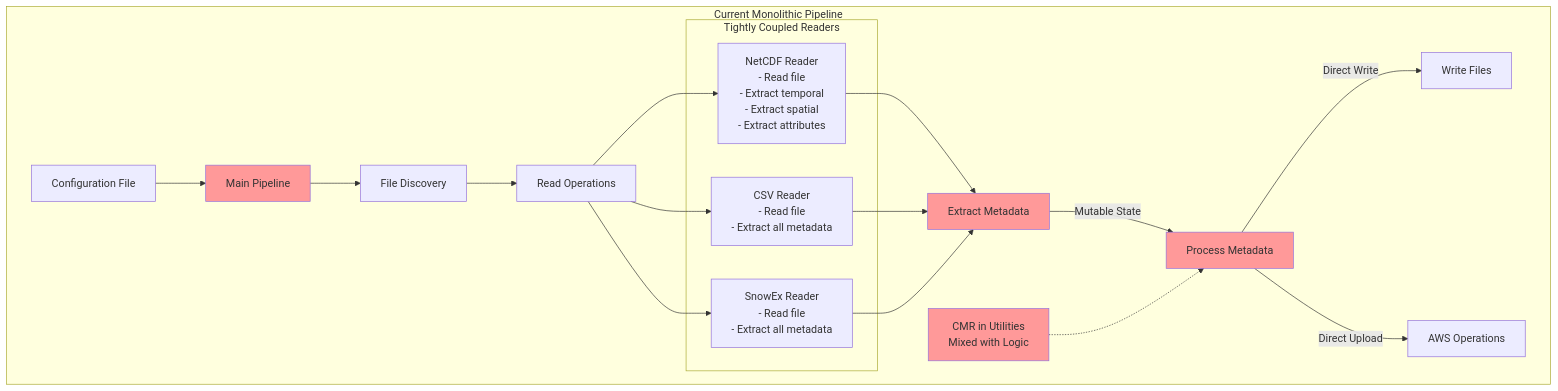
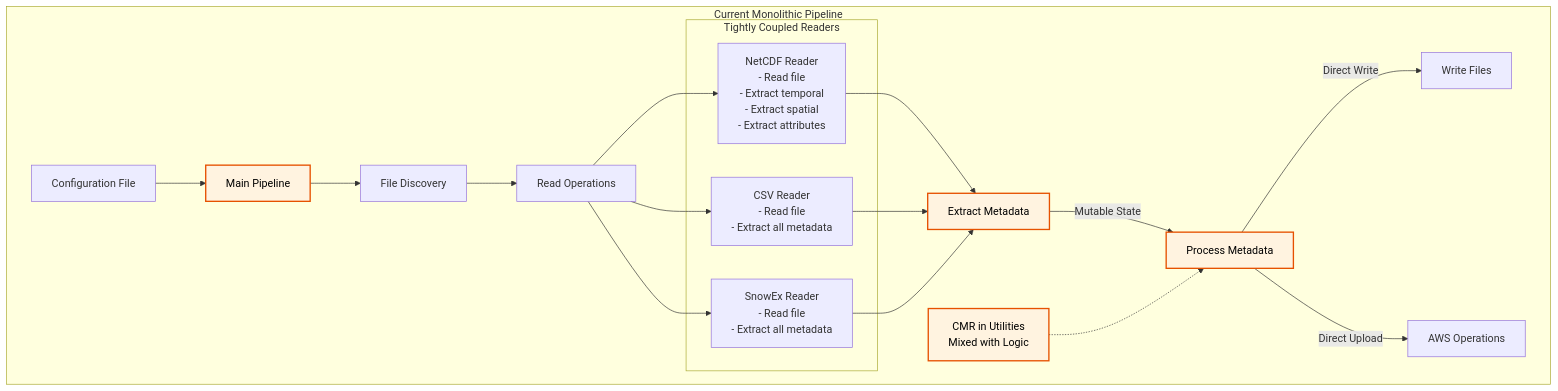
The first of 2 diagrams in devdocs/PIPELINE_REFACTORING_PLAN.md (nsidc/granule-metgen), drawn with Mermaid before and after one commit. The commit also changed other lines of this file, not shown here.

Commit message:
Simplify pipeline plan document

````diff
--- a/devdocs/PIPELINE_REFACTORING_PLAN.md
+++ b/devdocs/PIPELINE_REFACTORING_PLAN.md
@@ -58,34 +58,35 @@
 ```mermaid
 graph TD
     subgraph "Current Monolithic Pipeline"
         Config[Configuration File] --> Pipeline[Main Pipeline]
 
         Pipeline --> FileDisc[File Discovery]
         FileDisc --> ReadOps[Read Operations]
 
         subgraph "Tightly Coupled Readers"
             NetCDF[NetCDF Reader<br/>- Read file<br/>- Extract temporal<br/>- Extract spatial<br/>- Extract attributes]
             CSV[CSV Reader<br/>- Read file<br/>- Extract all metadata]
             SnowEx[SnowEx Reader<br/>- Read file<br/>- Extract all metadata]
         end
 
         ReadOps --> NetCDF
         ReadOps --> CSV
         ReadOps --> SnowEx
 
         NetCDF --> Extract[Extract Metadata]
         CSV --> Extract
         SnowEx --> Extract
 
         Extract --> |"Mutable State"| Process[Process Metadata]
         Process --> |"Direct Write"| WriteFiles[Write Files]
         Process --> |"Direct Upload"| AWS[AWS Operations]
 
         CMRUtil[CMR in Utilities<br/>Mixed with Logic] -.-> Process
     end
 
-    style Pipeline fill:#ff9999
-    style Extract fill:#ff9999
-    style Process fill:#ff9999
-    style CMRUtil fill:#ff9999
+    %% Problems/Issues - Light orange with dark text
+    style Pipeline fill:#FFF3E0,stroke:#E65100,stroke-width:2px,color:#000
+    style Extract fill:#FFF3E0,stroke:#E65100,stroke-width:2px,color:#000
+    style Process fill:#FFF3E0,stroke:#E65100,stroke-width:2px,color:#000
+    style CMRUtil fill:#FFF3E0,stroke:#E65100,stroke-width:2px,color:#000
 ```
````
